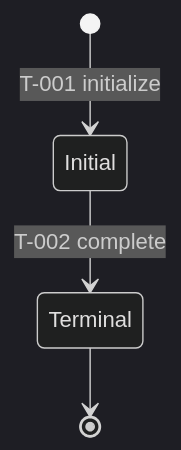
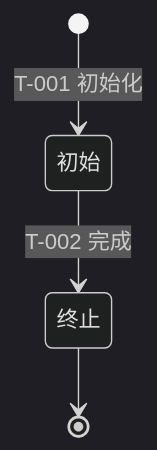
Before and after one commit to s-charvin/ai-delivery-kit: the second of 3 diagrams in .agents-zh/skills/ai-delivery-orchestrator/templates/design-template.md, drawn with Mermaid (dark theme). The commit also changed other lines of this file and 8 other files, not shown here.

````diff
--- a/.agents-zh/skills/ai-delivery-orchestrator/templates/design-template.md
+++ b/.agents-zh/skills/ai-delivery-orchestrator/templates/design-template.md
@@ -63,6 +65,8 @@
 ```mermaid
 stateDiagram-v2
-  [*] --> Initial: T-001 initialize
-  Initial --> Terminal: T-002 complete
+  state "初始" as Initial
+  state "终止" as Terminal
+  [*] --> Initial: T-001 初始化
+  Initial --> Terminal: T-002 完成
   Terminal --> [*]
 ```
````
